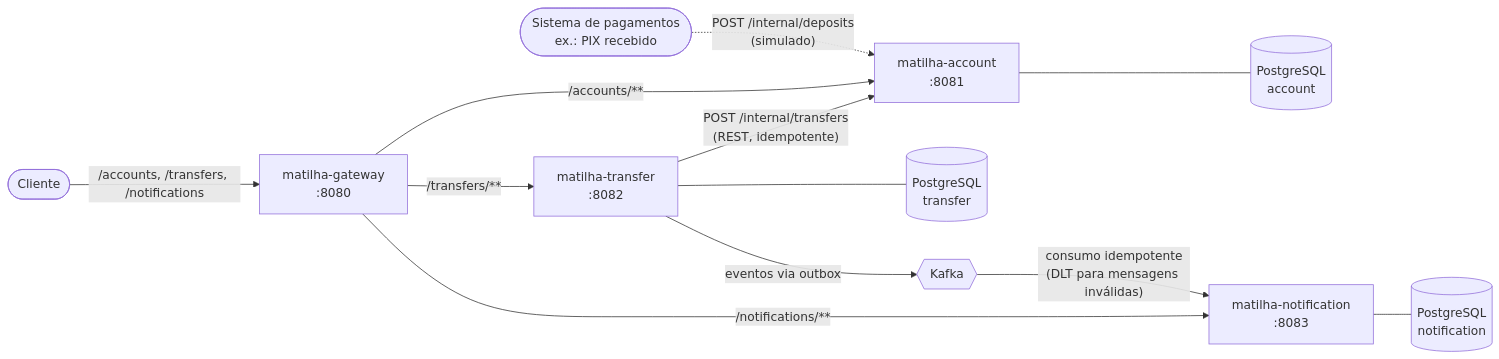
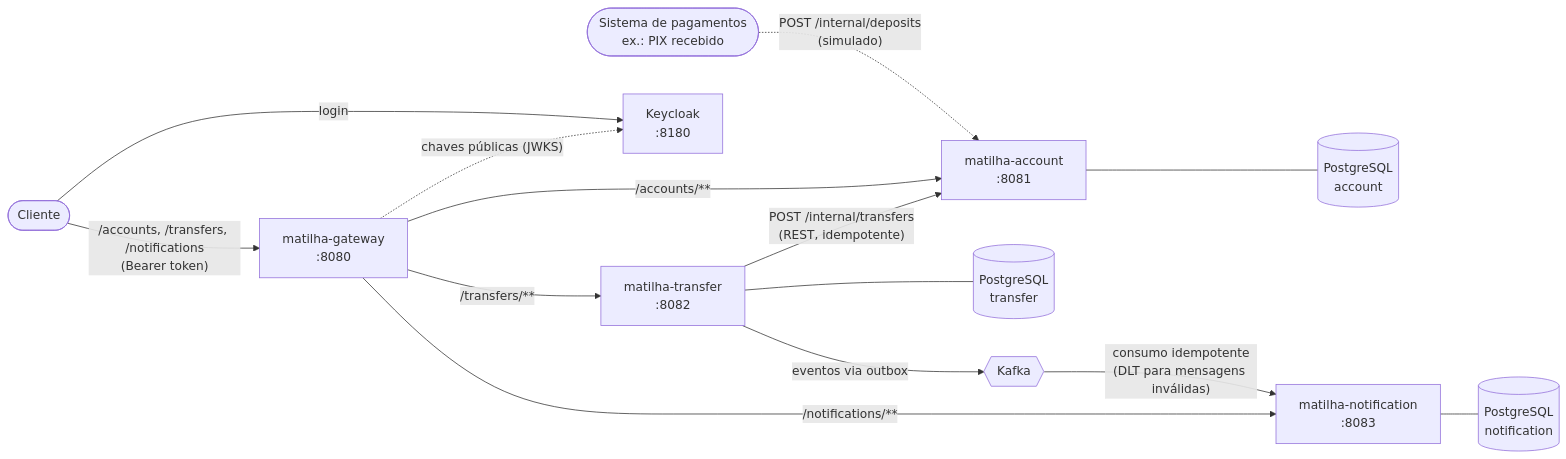
The diagram in README.md (Zanellas/Matilha), drawn with Mermaid before and after one commit. The commit also changed other lines of this file and 8 other files, not shown here.

First line of the commit message:
docs: documentar o login no Keycloak e a regra de dono da conta

````diff
--- a/README.md
+++ b/README.md
@@ -9,25 +9,28 @@
 ```mermaid
 flowchart LR
     client([Cliente])
     payments([Sistema de pagamentos<br/>ex.: PIX recebido])
+    keycloak["Keycloak<br/>:8180"]
     gateway["matilha-gateway<br/>:8080"]
     transfer["matilha-transfer<br/>:8082"]
     account["matilha-account<br/>:8081"]
     tdb[("PostgreSQL<br/>transfer")]
     adb[("PostgreSQL<br/>account")]
     kafka{{"Kafka"}}
     notification["matilha-notification<br/>:8083"]
     ndb[("PostgreSQL<br/>notification")]
 
-    client -->|"/accounts, /transfers, /notifications"| gateway
+    client -->|"login"| keycloak
+    client -->|"/accounts, /transfers, /notifications<br/>(Bearer token)"| gateway
+    gateway -.->|"chaves públicas (JWKS)"| keycloak
     gateway -->|"/accounts/**"| account
     gateway -->|"/transfers/**"| transfer
     gateway -->|"/notifications/**"| notification
     payments -.->|"POST /internal/deposits<br/>(simulado)"| account
     transfer -->|"POST /internal/transfers<br/>(REST, idempotente)"| account
     transfer --- tdb
     account --- adb
     notification --- ndb
     transfer -->|"eventos via outbox"| kafka
     kafka -->|"consumo idempotente<br/>(DLT para mensagens inválidas)"| notification
 ```
````
